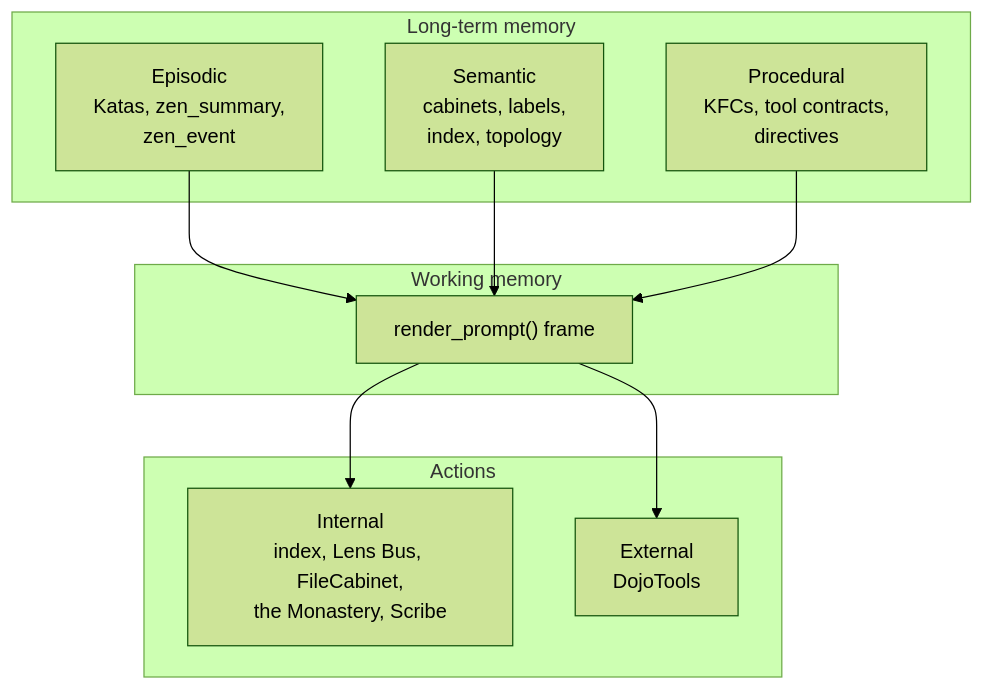
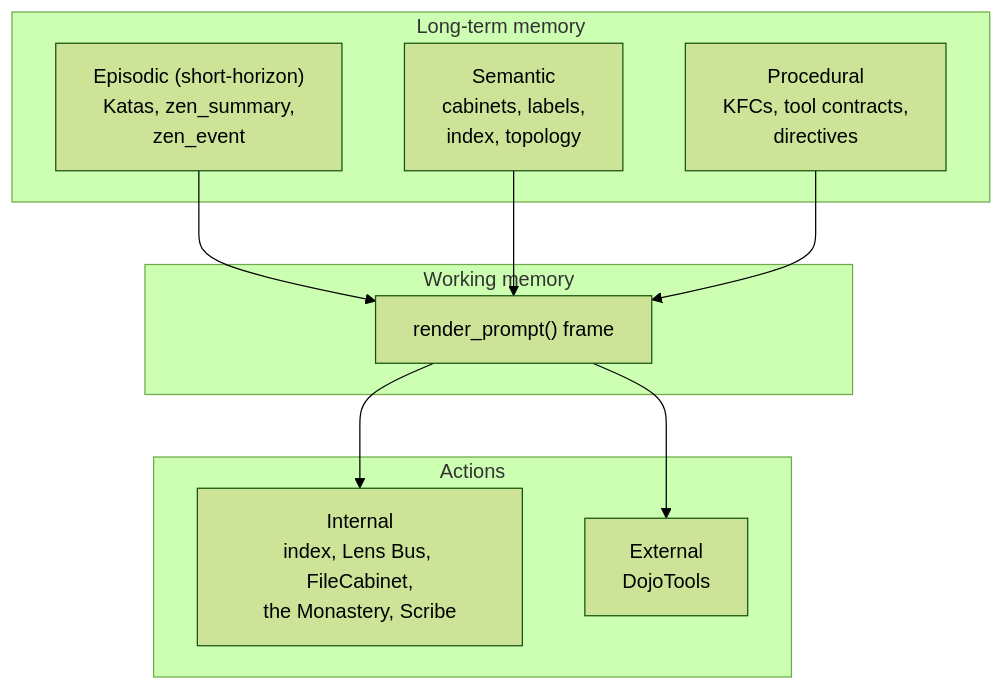
Before and after one commit to nathan-curtis/zenos-ai: the first of 2 diagrams in zenos_ai/docs/architecture/04_coala_without_knowing_it.md, drawn with Mermaid (forest theme). The commit also changed other lines of this file and 3 other files, not shown here.

First line of the commit message:
docs(architecture): operational identity, short-horizon episodic memory, the twin stated precisely

````diff
--- a/zenos_ai/docs/architecture/04_coala_without_knowing_it.md
+++ b/zenos_ai/docs/architecture/04_coala_without_knowing_it.md
@@ -19,20 +19,20 @@
 ```mermaid
 graph TB
   subgraph WM["Working memory"]
     F["render_prompt() frame"]
   end
   subgraph LTM["Long-term memory"]
-    E["Episodic<br/>Katas, zen_summary,<br/>zen_event"]
+    E["Episodic (short-horizon)<br/>Katas, zen_summary,<br/>zen_event"]
     S["Semantic<br/>cabinets, labels,<br/>index, topology"]
     P["Procedural<br/>KFCs, tool contracts,<br/>directives"]
   end
   subgraph ACT["Actions"]
     I["Internal<br/>index, Lens Bus, FileCabinet,<br/>the Monastery, Scribe"]
     X["External<br/>DojoTools"]
   end
   E --> F
   S --> F
   P --> F
   F --> I
   F --> X
 ```
````
